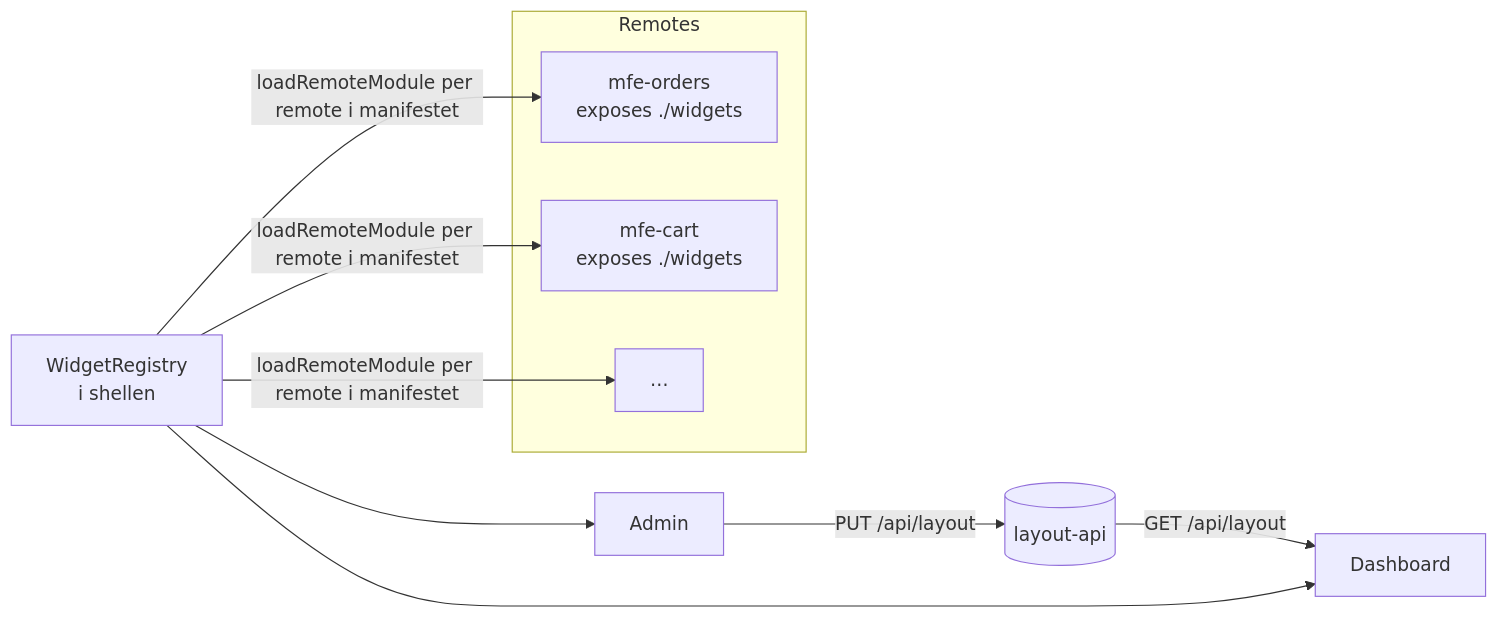
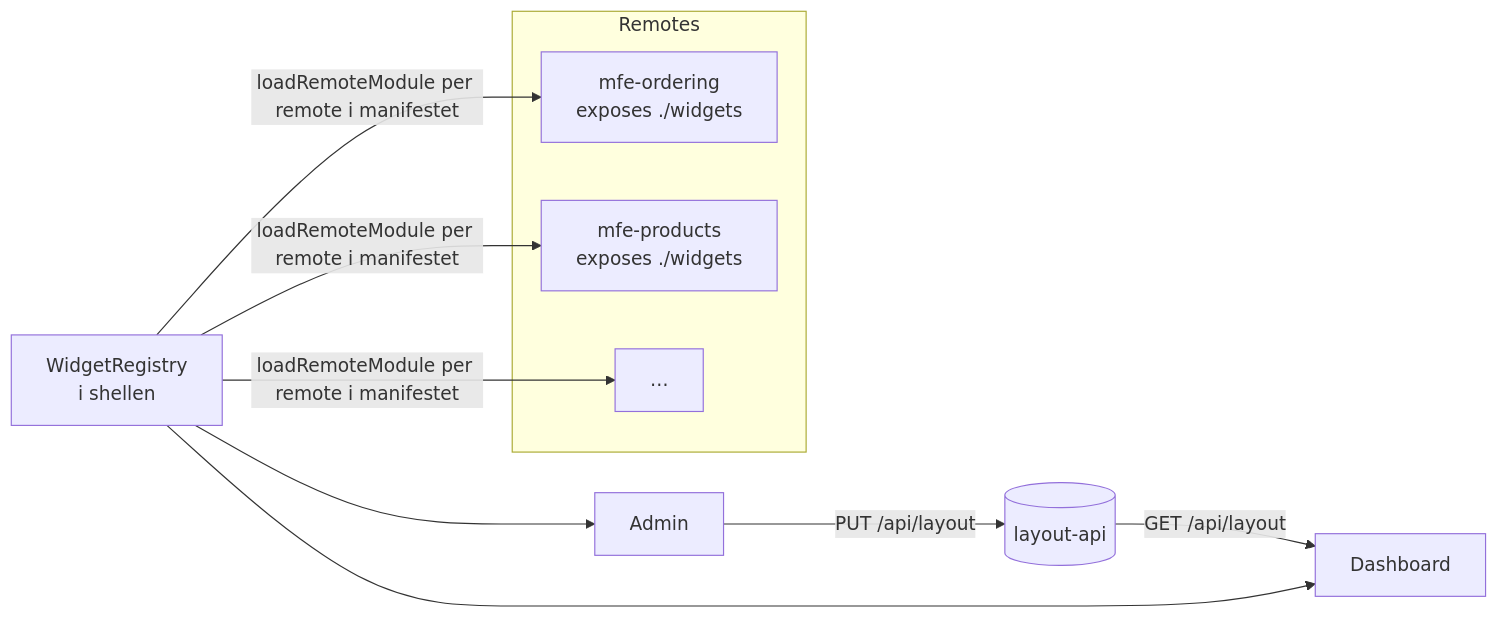
The second of 2 diagrams in README.md (peterlonnquist/nx-ng-microfrontend), drawn with Mermaid before and after one commit. The commit also changed other lines of this file and 88 other files, not shown here.

First line of the commit message:
Merge mfe-cart and mfe-orders into mfe-ordering (ADR 0002)

````diff
--- a/README.md
+++ b/README.md
@@ -165,13 +193,13 @@
 ```mermaid
 flowchart LR
   subgraph Remotes
-    R1["mfe-orders<br/>exposes ./widgets"]
-    R2["mfe-cart<br/>exposes ./widgets"]
+    R1["mfe-ordering<br/>exposes ./widgets"]
+    R2["mfe-products<br/>exposes ./widgets"]
     R3["…"]
   end
   REG[WidgetRegistry<br/>i shellen] -->|loadRemoteModule per remote i manifestet| R1 & R2 & R3
   API[(layout-api)] -->|GET /api/layout| DASH[Dashboard]
   REG --> DASH
   ADMIN[Admin] -->|PUT /api/layout| API
   REG --> ADMIN
 ```
````
